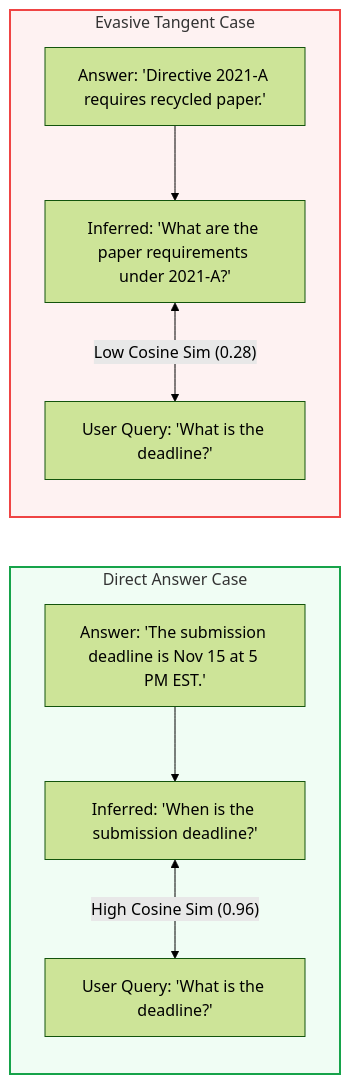
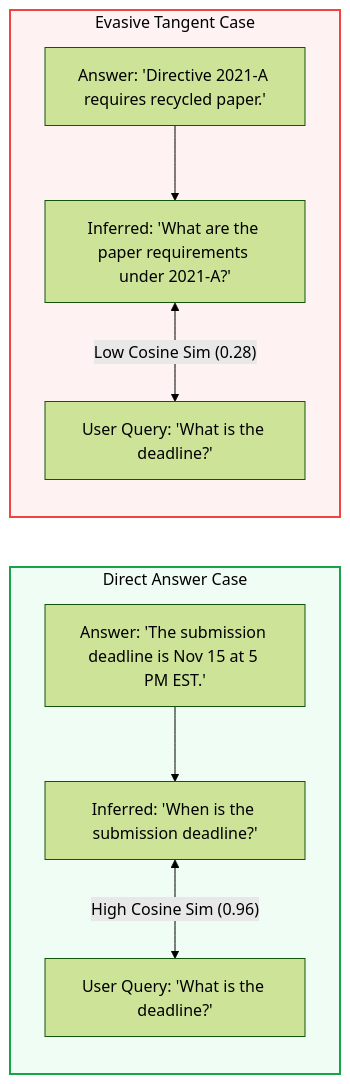
The second of 3 diagrams in 08-RAG-Evaluation-and-Optimization/Answer-Relevancy.md (swapnil3104/RAG-Engineering), drawn with Mermaid (forest theme) before and after one commit. The commit also changed other lines of this file and 108 other files, not shown here.

Commit message:
fix: make chart text visible across all Mermaid diagrams and resolve markdown table formatting issues

````diff
--- a/08-RAG-Evaluation-and-Optimization/Answer-Relevancy.md
+++ b/08-RAG-Evaluation-and-Optimization/Answer-Relevancy.md
@@ -123,17 +123,17 @@
 ```mermaid
 flowchart LR
     subgraph DirectAnswer ["Direct Answer Case"]
         A1["Answer: 'The submission deadline is Nov 15 at 5 PM EST.'"]
         A1 --> Q_inv1["Inferred: 'When is the submission deadline?'"]
         Q_inv1 <-->|"High Cosine Sim (0.96)"| Orig1["User Query: 'What is the deadline?'"]
     end
 
     subgraph EvasiveAnswer ["Evasive Tangent Case"]
         A2["Answer: 'Directive 2021-A requires recycled paper.'"]
         A2 --> Q_inv2["Inferred: 'What are the paper requirements under 2021-A?'"]
         Q_inv2 <-->|"Low Cosine Sim (0.28)"| Orig2["User Query: 'What is the deadline?'"]
     end
 
-    style DirectAnswer fill:#f0fdf4,stroke:#16a34a,stroke-width:2px
-    style EvasiveAnswer fill:#fef2f2,stroke:#ef4444,stroke-width:2px
+    style DirectAnswer fill:#f0fdf4,stroke:#16a34a,stroke-width:2px,color:#000000
+    style EvasiveAnswer fill:#fef2f2,stroke:#ef4444,stroke-width:2px,color:#000000
 ```
````
